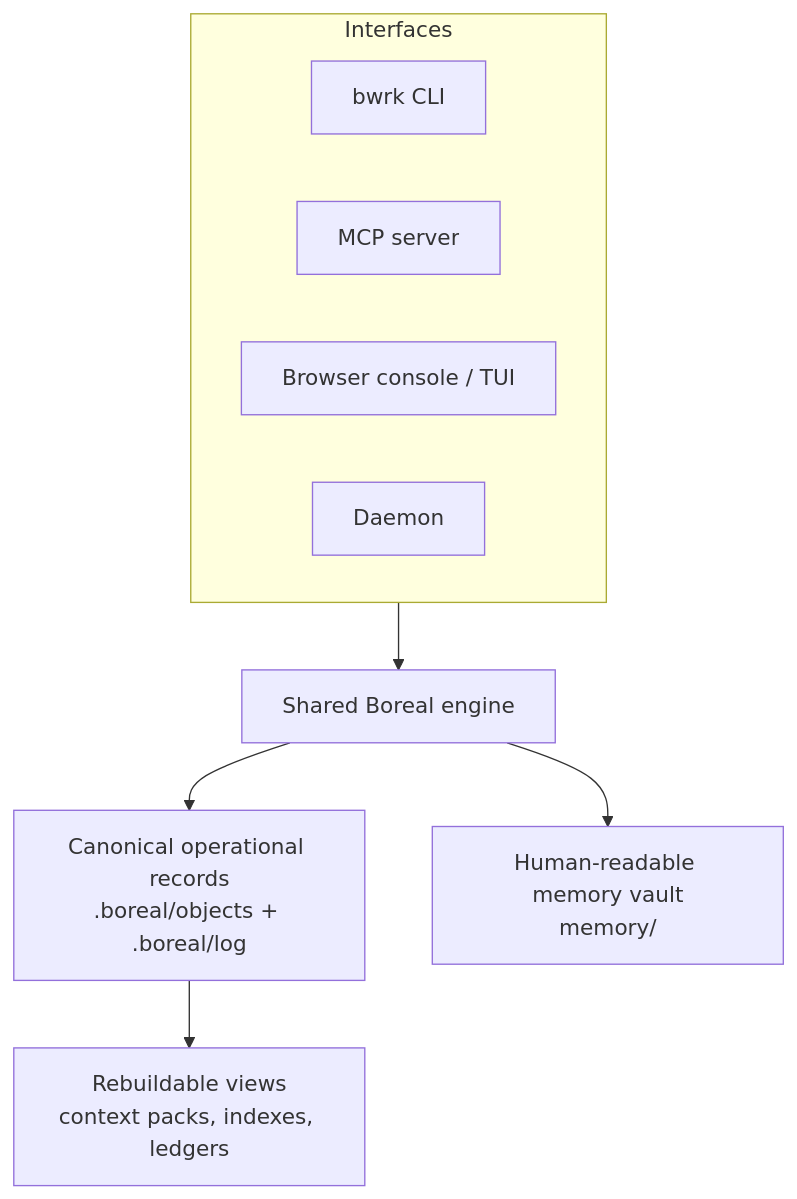
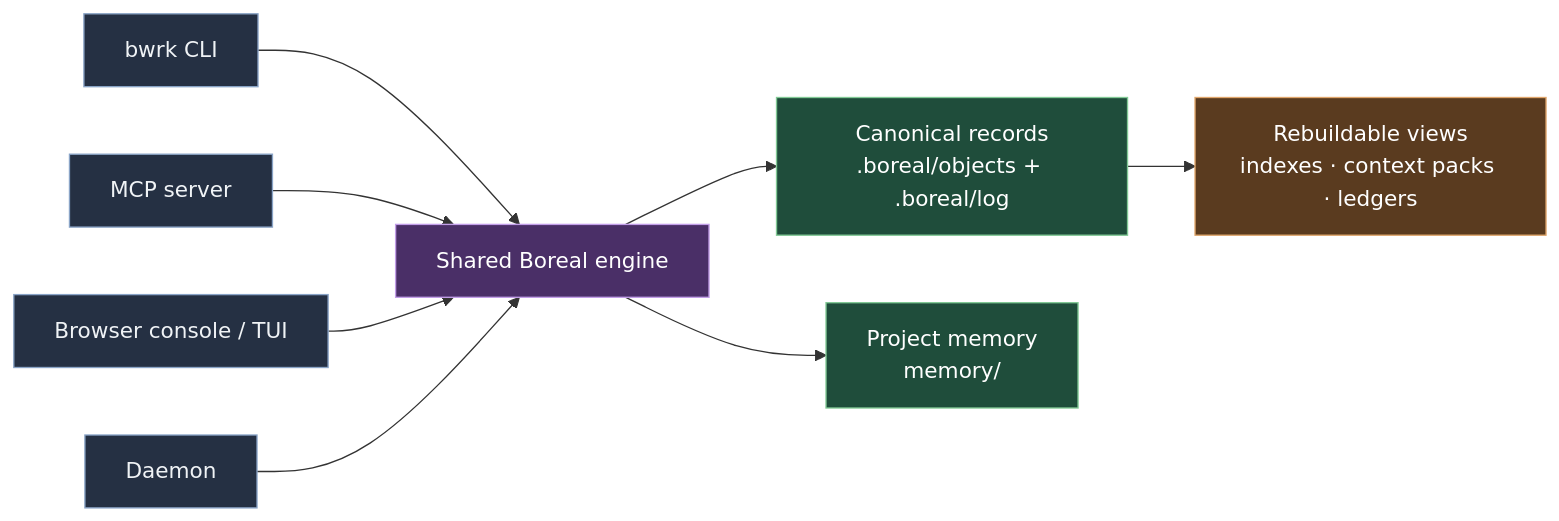
The third of 3 diagrams in README.md (mattrichmo/boreal-work), drawn with Mermaid before and after one commit. The commit also changed other lines of this file, not shown here.

Commit message:
docs: clarify runtime architecture diagram

```diff
--- a/README.md
+++ b/README.md
@@ -430,18 +430,21 @@
 ~~~mermaid
-flowchart TB
-    subgraph surfaces["Interfaces"]
-        cli["bwrk CLI"]
-        mcp["MCP server"]
-        console["Browser console / TUI"]
-        daemon["Daemon"]
-    end
-    engine["Shared Boreal engine"]
-    operational["Canonical operational records<br/>.boreal/objects + .boreal/log"]
-    memory["Human-readable memory vault<br/>memory/"]
-    views["Rebuildable views<br/>context packs, indexes, ledgers"]
+flowchart LR
+    cli["bwrk CLI"] --> engine["Shared Boreal engine"]
+    mcp["MCP server"] --> engine
+    console["Browser console / TUI"] --> engine
+    daemon["Daemon"] --> engine
 
-    surfaces --> engine
-    engine --> operational
-    engine --> memory
-    operational --> views
+    engine --> records["Canonical records<br/>.boreal/objects + .boreal/log"]
+    engine --> memory["Project memory<br/>memory/"]
+    records --> views["Rebuildable views<br/>indexes · context packs · ledgers"]
+
+    classDef interface fill:#253043,stroke:#8aa4c7,color:#f0f3f6,stroke-width:1px
+    classDef engine fill:#4a2f67,stroke:#c29ee8,color:#ffffff,stroke-width:1px
+    classDef store fill:#1f4d3b,stroke:#81c995,color:#ffffff,stroke-width:1px
+    classDef view fill:#5a3b1f,stroke:#e0a66b,color:#ffffff,stroke-width:1px
+
+    class cli,mcp,console,daemon interface
+    class engine engine
+    class records,memory store
+    class views view
 ~~~
```
